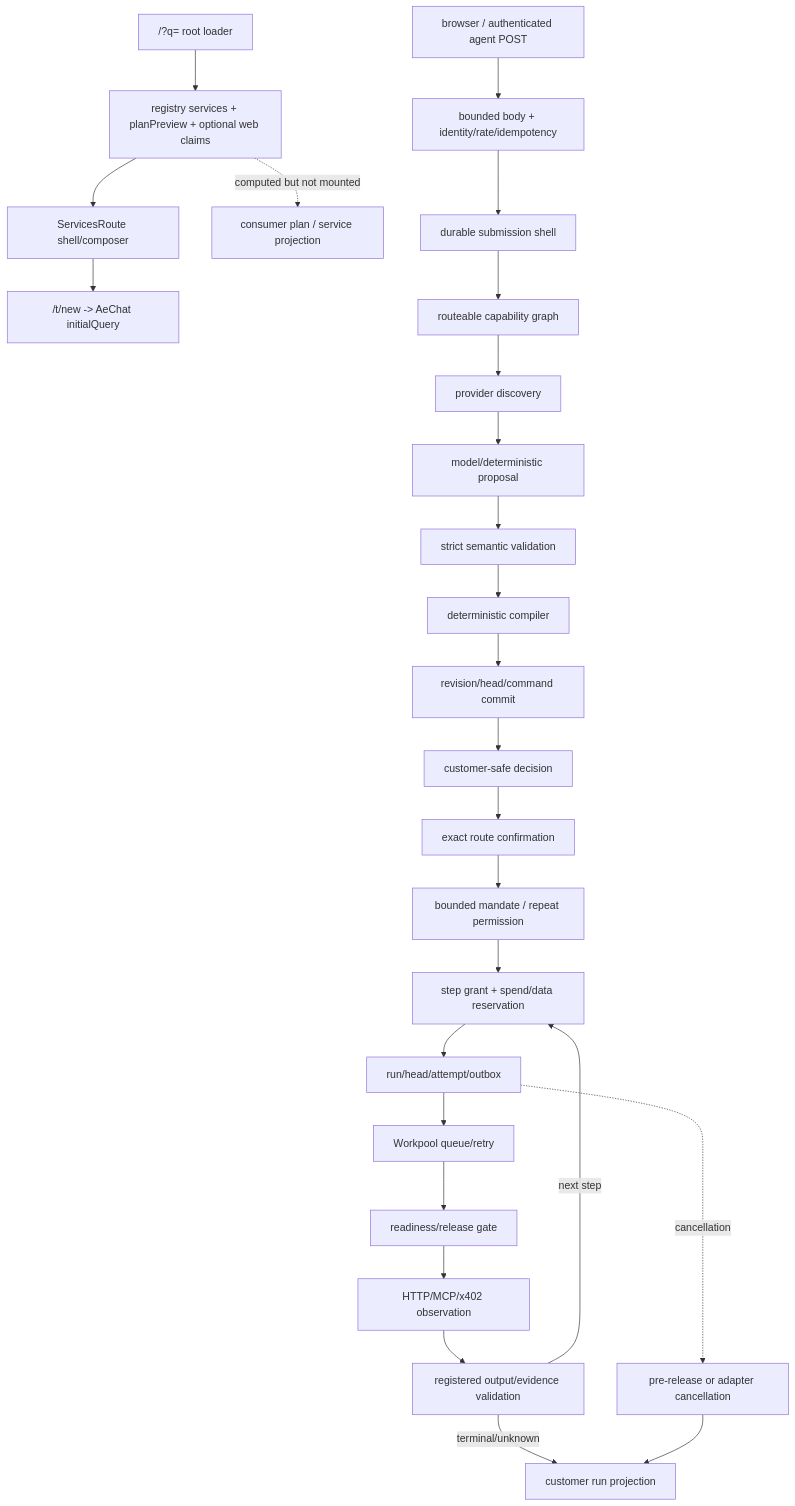
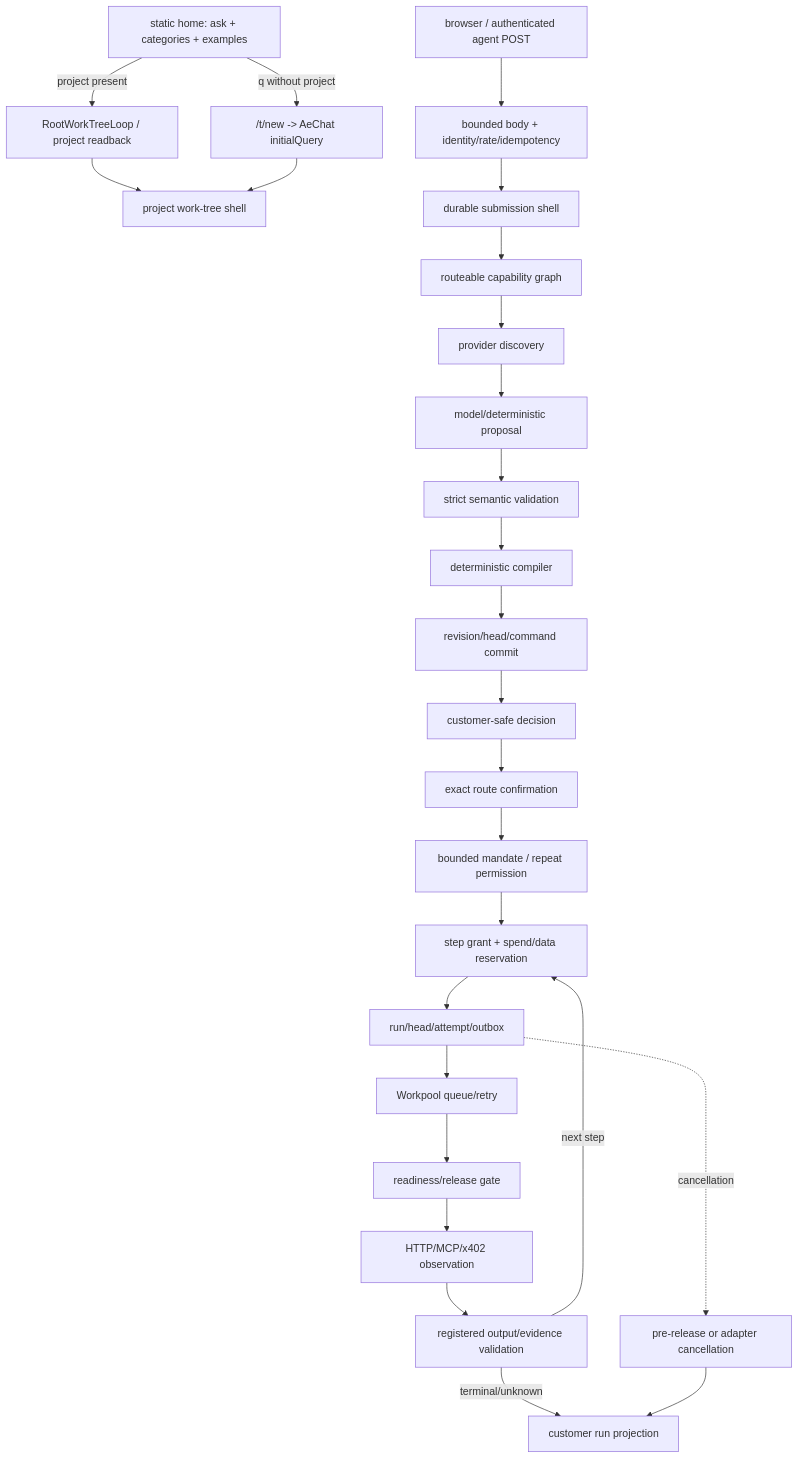
Before and after one commit to CreasyBear/Agentic-Economy: the third of 4 diagrams in .planning/codebase/PROMPT-DATA-FLOW.md, drawn with Mermaid. The commit also changed other lines of this file and 1 other file, not shown here.

Commit message:
docs: refresh prompt and IA data flows

````diff
--- a/.planning/codebase/PROMPT-DATA-FLOW.md
+++ b/.planning/codebase/PROMPT-DATA-FLOW.md
@@ -181,18 +188,18 @@
 ```mermaid
 flowchart TD
-  HOME["/?q= root loader"] --> READBACK["registry services + planPreview + optional web claims"]
-  READBACK --> SHELL["ServicesRoute shell/composer"]
-  SHELL --> NEW["/t/new -> AeChat initialQuery"]
-  READBACK -. computed but not mounted .-> CONSUMER["consumer plan / service projection"]
+  HOME["static home: ask + categories + examples"] -->|q without project| NEW["/t/new -> AeChat initialQuery"]
+  HOME -->|project present| TREE["RootWorkTreeLoop / project readback"]
+  TREE --> SHELL["project work-tree shell"]
+  NEW --> SHELL
   AGENT["browser / authenticated agent POST"] --> ADMIT["bounded body + identity/rate/idempotency"] --> DURABLE_SHELL["durable submission shell"] --> GRAPH["routeable capability graph"] --> DISCOVER["provider discovery"]
   DISCOVER --> PROPOSAL["model/deterministic proposal"] --> VALIDATE["strict semantic validation"]
   VALIDATE --> COMPILE["deterministic compiler"] --> COMMIT["revision/head/command commit"]
   COMMIT --> DECISION["customer-safe decision"] --> CONFIRM["exact route confirmation"]
   CONFIRM --> MANDATE["bounded mandate / repeat permission"] --> GRANT["step grant + spend/data reservation"]
   GRANT --> JOURNAL["run/head/attempt/outbox"] --> POOL["Workpool queue/retry"]
   POOL --> RELEASE["readiness/release gate"] --> TRANSPORT["HTTP/MCP/x402 observation"]
   TRANSPORT --> OUTCOME["registered output/evidence validation"]
   OUTCOME -->|next step| GRANT
   OUTCOME -->|terminal/unknown| RUNPROJ["customer run projection"]
   JOURNAL -. cancellation .-> CANCEL["pre-release or adapter cancellation"] --> RUNPROJ
 ```
````
